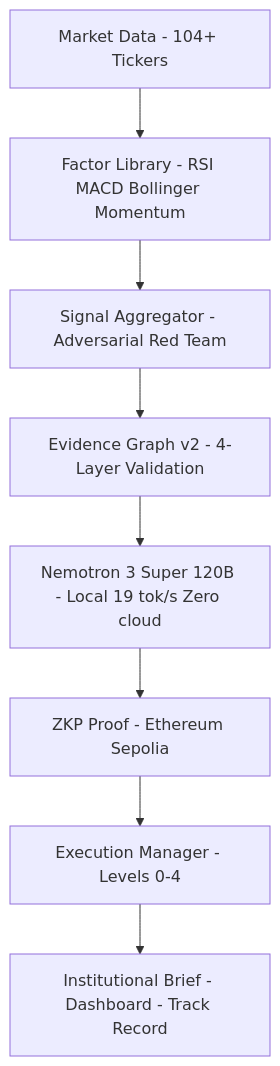
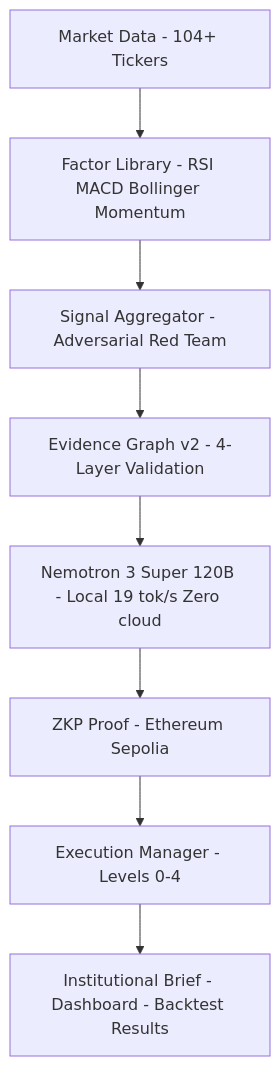
One commit to YuClawLab/yuclaw-brain changed the diagram in README.md. Above: the diagram before and after it, drawn with Mermaid. The commit also changed other lines of this file and 5 other files, not shown here.

Commit message:
Rename Track Record → Backtest Results for accuracy (no live trading)

````diff
--- a/README.md
+++ b/README.md
@@ -130,10 +130,10 @@
 ```mermaid
 graph TD
     A[Market Data - 104+ Tickers] --> B[Factor Library - RSI MACD Bollinger Momentum]
     B --> C[Signal Aggregator - Adversarial Red Team]
     C --> D[Evidence Graph v2 - 4-Layer Validation]
     D --> E[Nemotron 3 Super 120B - Local 19 tok/s Zero cloud]
     E --> F[ZKP Proof - Ethereum Sepolia]
     F --> G[Execution Manager - Levels 0-4]
-    G --> H[Institutional Brief - Dashboard - Track Record]
+    G --> H[Institutional Brief - Dashboard - Backtest Results]
 ```
````
